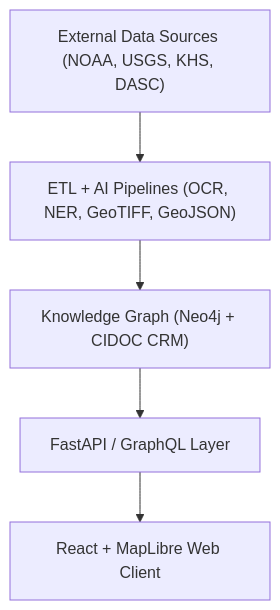
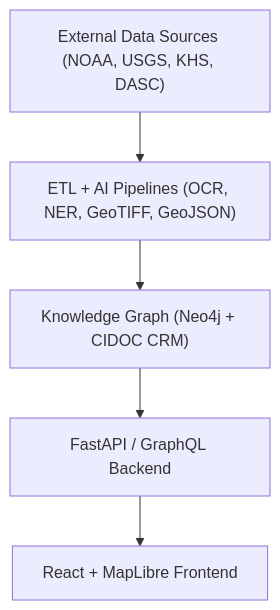
One commit to bartytime4life/Kansas-Frontier-Matrix changed the diagram in README.md. Above: the diagram before and after it, drawn with Mermaid. The commit also changed other lines of this file, not shown here.

````diff
--- a/README.md
+++ b/README.md
@@ -86,9 +71,9 @@
 ```mermaid
 flowchart TD
 A["External Data Sources (NOAA, USGS, KHS, DASC)"]
 B["ETL + AI Pipelines (OCR, NER, GeoTIFF, GeoJSON)"]
 C["Knowledge Graph (Neo4j + CIDOC CRM)"]
-D["FastAPI / GraphQL Layer"]
-E["React + MapLibre Web Client"]
+D["FastAPI / GraphQL Backend"]
+E["React + MapLibre Frontend"]
 A --> B --> C --> D --> E
 ```
````
